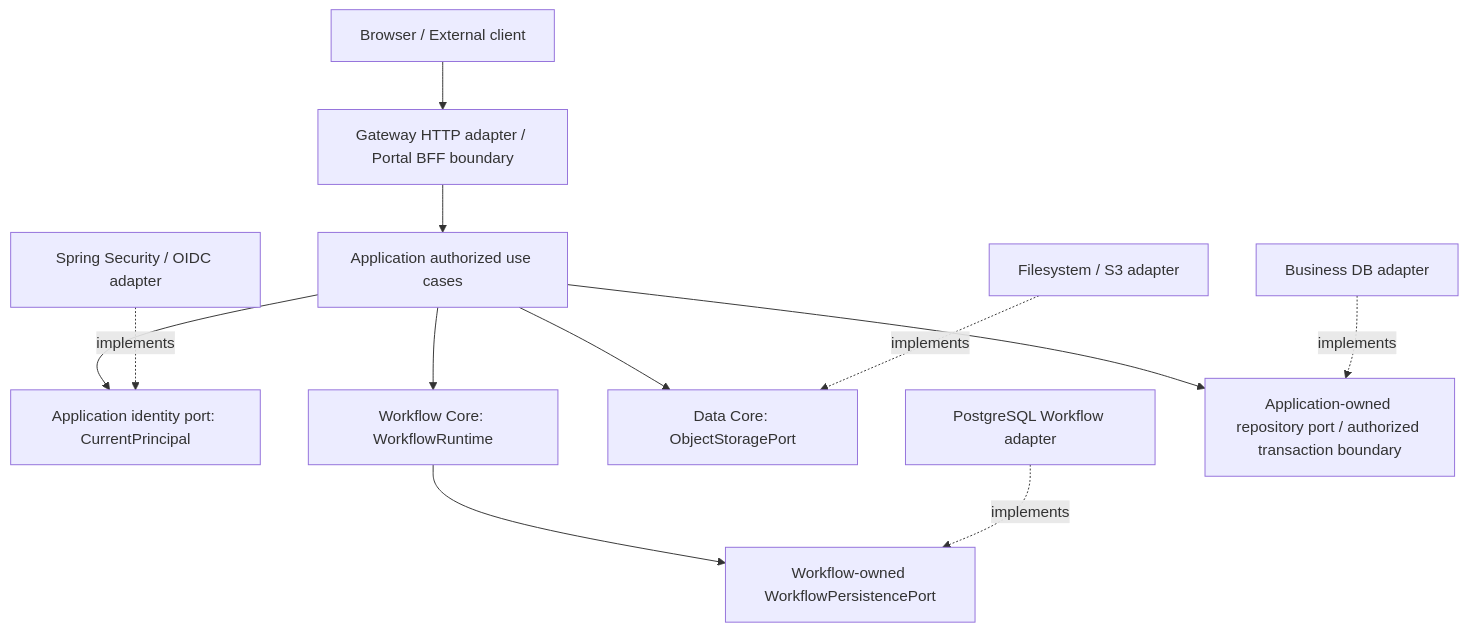
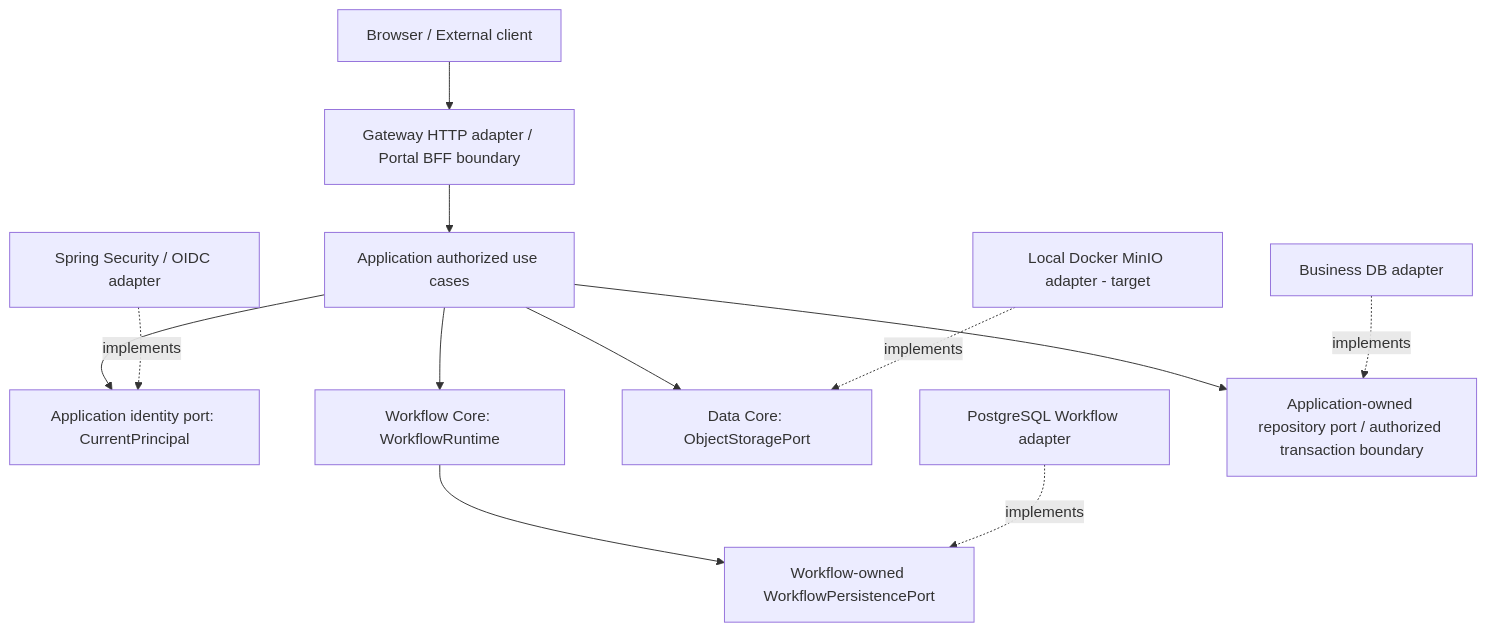
One commit to lexuanbao258-collab/dxos-open-core changed the diagram in docs/01-architecture/dependency-rules.md. Above: the diagram before and after it, drawn with Mermaid. The commit also changed 108 other files, not shown here.

Commit message:
docs(architecture): align storage decision with MinIO MVP

````diff
--- a/docs/01-architecture/dependency-rules.md
+++ b/docs/01-architecture/dependency-rules.md
@@ -63,14 +63,14 @@
 ```mermaid
 flowchart TD
     Browser[Browser / External client] --> Http[Gateway HTTP adapter / Portal BFF boundary]
     Http --> UseCases[Application authorized use cases]
     UseCases --> IPort[Application identity port: CurrentPrincipal]
     UseCases --> WCore[Workflow Core: WorkflowRuntime]
     UseCases --> DCore[Data Core: ObjectStoragePort]
     WCore --> WPort[Workflow-owned WorkflowPersistencePort]
     PAdapter[PostgreSQL Workflow adapter] -.implements.-> WPort
     Security[Spring Security / OIDC adapter] -.implements.-> IPort
-    Storage[Filesystem / S3 adapter] -.implements.-> DCore
+    Storage[Local Docker MinIO adapter - target] -.implements.-> DCore
     UseCases --> RepoPort[Application-owned repository port / authorized transaction boundary]
     RepoAdapter[Business DB adapter] -.implements.-> RepoPort
 ```
````
